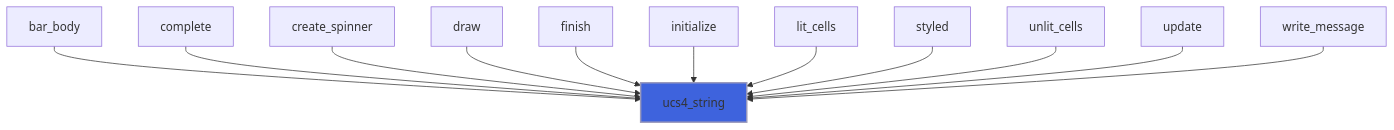
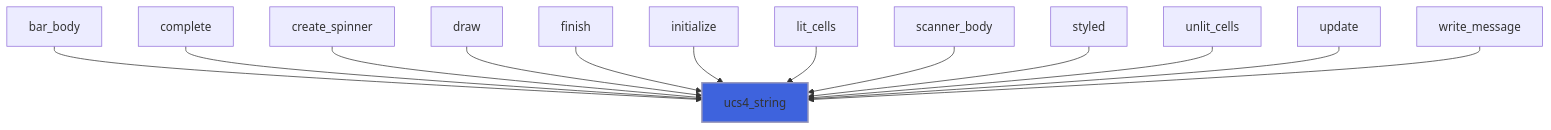
Before and after one commit to szaghi/forbear: the diagram in docs/api/src/lib/forbear_kinds.md, drawn with Mermaid. The commit also changed 18 other files, not shown here.

````diff
--- a/docs/api/src/lib/forbear_kinds.md
+++ b/docs/api/src/lib/forbear_kinds.md
@@ -40,15 +40,16 @@
 ```mermaid
 flowchart TD
   bar_body["bar_body"] --> ucs4_string["ucs4_string"]
   complete["complete"] --> ucs4_string["ucs4_string"]
   create_spinner["create_spinner"] --> ucs4_string["ucs4_string"]
   draw["draw"] --> ucs4_string["ucs4_string"]
   finish["finish"] --> ucs4_string["ucs4_string"]
   initialize["initialize"] --> ucs4_string["ucs4_string"]
   lit_cells["lit_cells"] --> ucs4_string["ucs4_string"]
+  scanner_body["scanner_body"] --> ucs4_string["ucs4_string"]
   styled["styled"] --> ucs4_string["ucs4_string"]
   unlit_cells["unlit_cells"] --> ucs4_string["ucs4_string"]
   update["update"] --> ucs4_string["ucs4_string"]
   write_message["write_message"] --> ucs4_string["ucs4_string"]
   style ucs4_string fill:#3e63dd,stroke:#99b,stroke-width:2px
 ```
````
